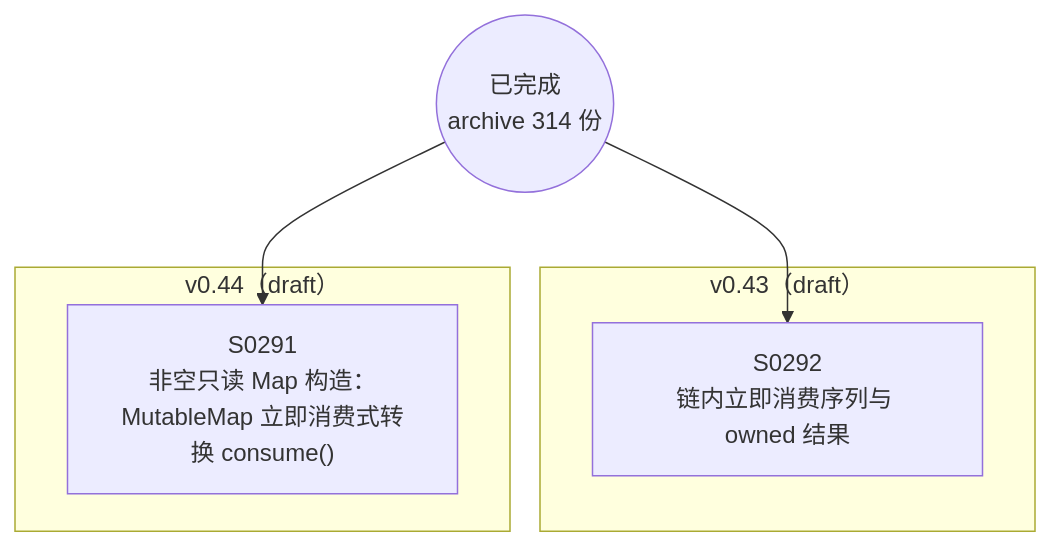
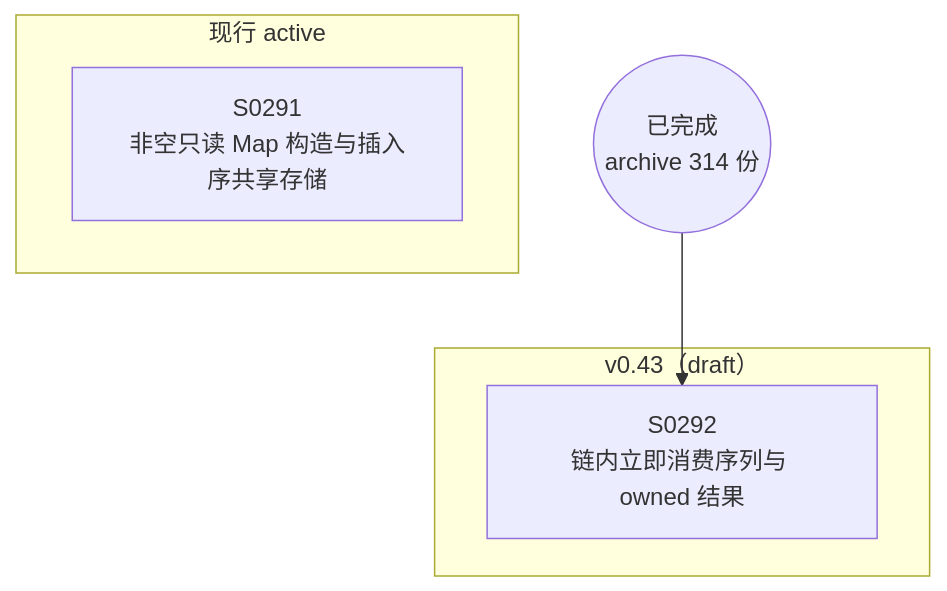
Before and after one commit to Halckon/Koven: the diagram in docs/specs/dependency-graph.md, drawn with Mermaid. The commit also changed other lines of this file and 10 other files, not shown here.

````diff
--- a/docs/specs/dependency-graph.md
+++ b/docs/specs/dependency-graph.md
@@ -9,12 +9,11 @@
 ```mermaid
 flowchart TD
 ARCH(("已完成<br/>archive 314 份"))
+subgraph Gactive["现行 active"]
+  S0291["S0291<br/>非空只读 Map 构造与插入序共享存储"]
+end
 subgraph Gdrafts_v043["v0.43（draft）"]
   S0292["S0292<br/>链内立即消费序列与 owned 结果"]
 end
-subgraph Gdrafts_v044["v0.44（draft）"]
-  S0291["S0291<br/>非空只读 Map 构造：MutableMap 立即消费式转换 consume()"]
-end
-ARCH --> S0291
 ARCH --> S0292
 ```
````
